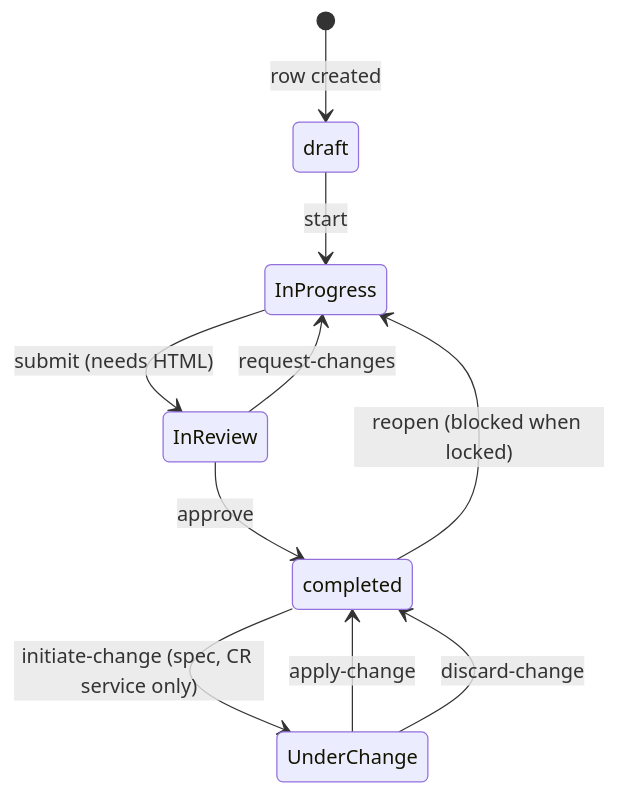
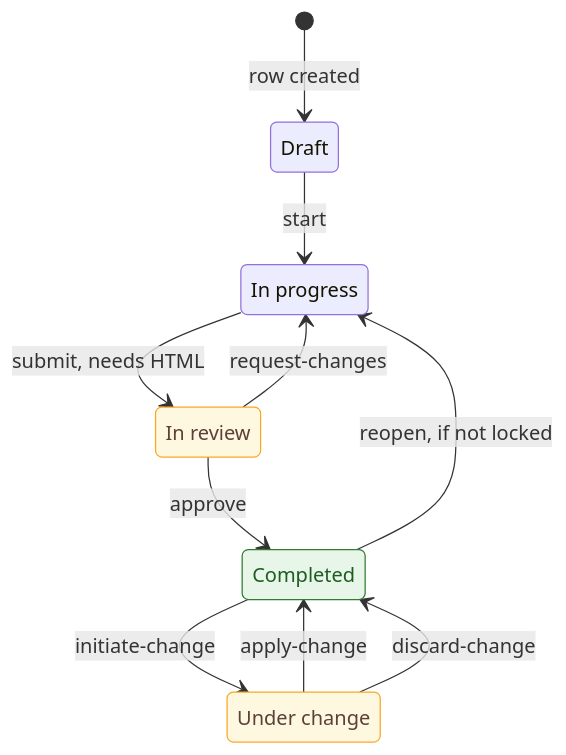
Before and after one commit to ram-020998/project-tracker: the third of 5 diagrams in genesis/architecture/modules/features-and-stages.md, drawn with Mermaid. The commit also changed other lines of this file and 24 other files, not shown here.

First line of the commit message:
architecture: rewrite all 86 Mermaid diagrams to one C4 style, each render-checked

````diff
--- a/genesis/architecture/modules/features-and-stages.md
+++ b/genesis/architecture/modules/features-and-stages.md
@@ -182,12 +199,23 @@
 ```mermaid
 stateDiagram-v2
+    direction TB
+    state "Draft" as draft
+    state "In progress" as inprog
+    state "In review" as inrev
+    state "Under change" as uc
+    state "Completed" as completed
     [*] --> draft : row created
-    draft --> InProgress : start
-    InProgress --> InReview : submit (needs HTML)
-    InReview --> completed : approve
-    InReview --> InProgress : request-changes
-    completed --> InProgress : reopen (blocked when locked)
-    completed --> UnderChange : initiate-change (spec, CR service only)
-    UnderChange --> completed : apply-change
-    UnderChange --> completed : discard-change
+    draft --> inprog : start
+    inprog --> inrev : submit, needs HTML
+    inrev --> completed : approve
+    inrev --> inprog : request-changes
+    completed --> inprog : reopen, if not locked
+    completed --> uc : initiate-change
+    uc --> completed : apply-change
+    uc --> completed : discard-change
+    classDef terminal fill:#e8f5e9,stroke:#2e7d32,color:#1b5e20
+    classDef waiting fill:#fff8e1,stroke:#f9a825,color:#5d4037
+    classDef bad fill:#ffebee,stroke:#c62828,color:#b71c1c
+    class completed terminal
+    class inrev,uc waiting
 ```
````
